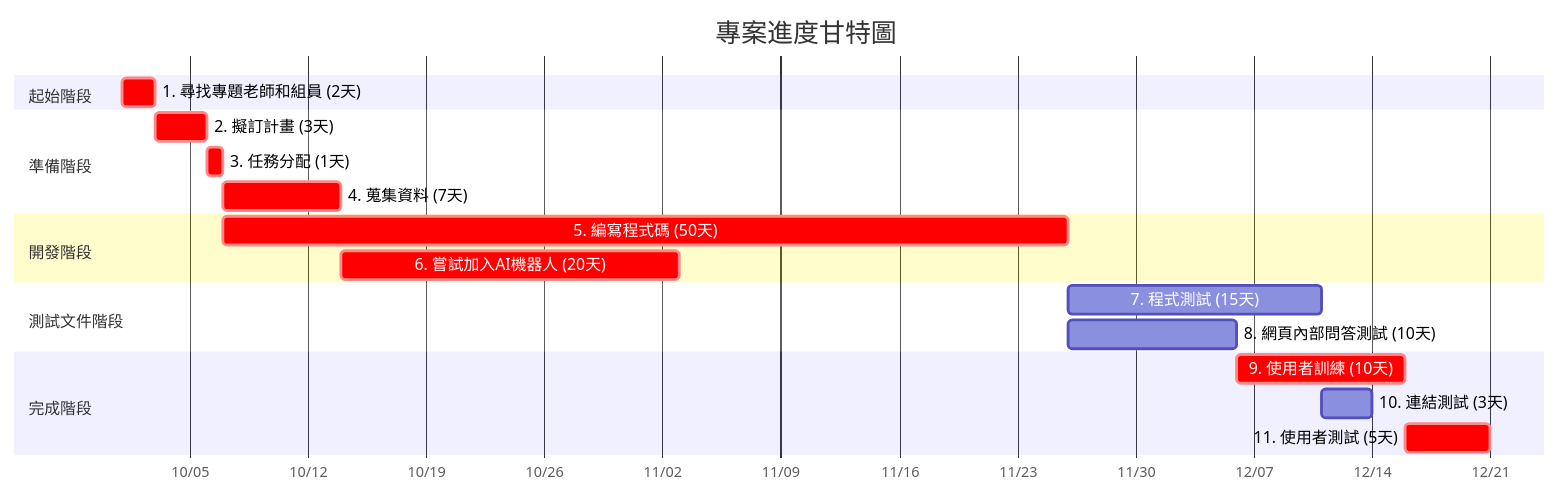
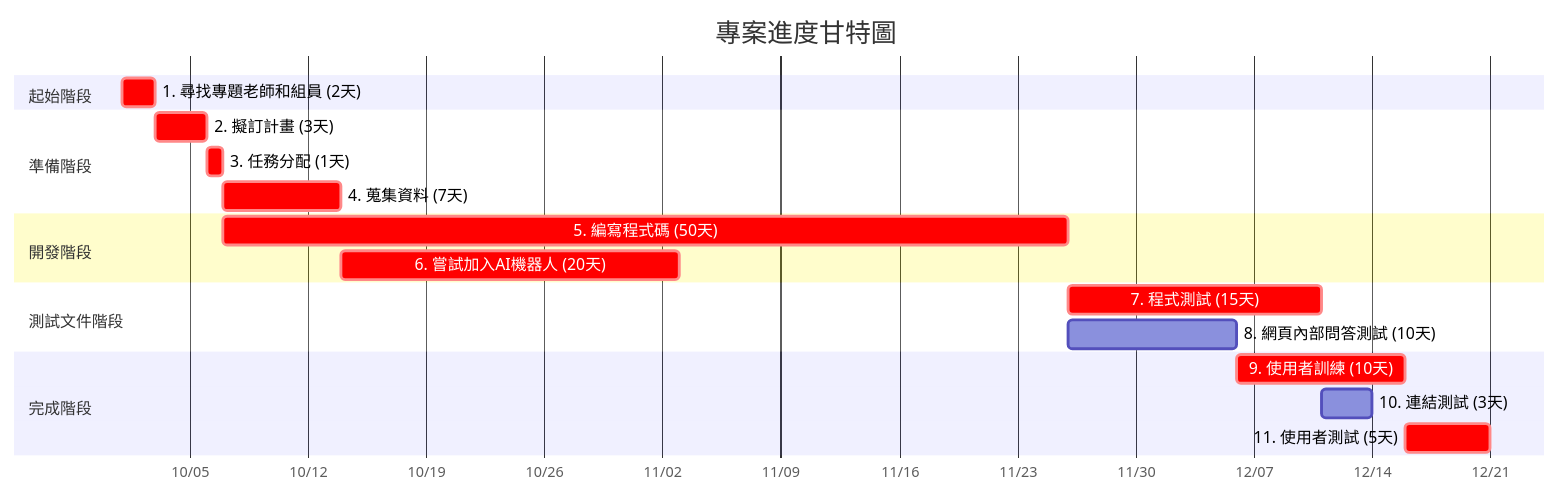
The second of 2 diagrams in hw2.md (c112118202-droid/-), drawn with Mermaid before and after one commit.

````diff
--- a/hw2.md
+++ b/hw2.md
@@ -29,27 +29,27 @@
 ```mermaid
 gantt
     title 專案進度甘特圖
     dateFormat YYYY-MM-DD
     axisFormat %m/%d
     
     section 起始階段
     1. 尋找專題老師和組員 (2天)     :crit, m1, 2025-10-01, 2d
     
     section 準備階段
     2. 擬訂計畫 (3天)     :crit, m2, after m1, 3d
     3. 任務分配 (1天)    :crit, m3, after m2, 1d
     4. 蒐集資料 (7天)    :crit, m4, after m3, 7d
 
     section 開發階段
     5. 編寫程式碼 (50天)    :crit, m5, after m3, 50d
     6. 嘗試加入AI機器人 (20天)    :crit, m6, after m4, 20d
     
     section 測試文件階段
-    7. 程式測試 (15天)    :m7, after m5, 15d
+    7. 程式測試 (15天)    :crit,m7, after m5, 15d
     8. 網頁內部問答測試 (10天)  :m8, after m5, 10d
         
     section 完成階段
     9. 使用者訓練 (10天)    :crit, m9, after m8, 10d
     10. 連結測試 (3天)  :m10, after m7 m8, 3d
     11. 使用者測試 (5天)  :crit, m11, after m9 m10, 5d
 ```
````
